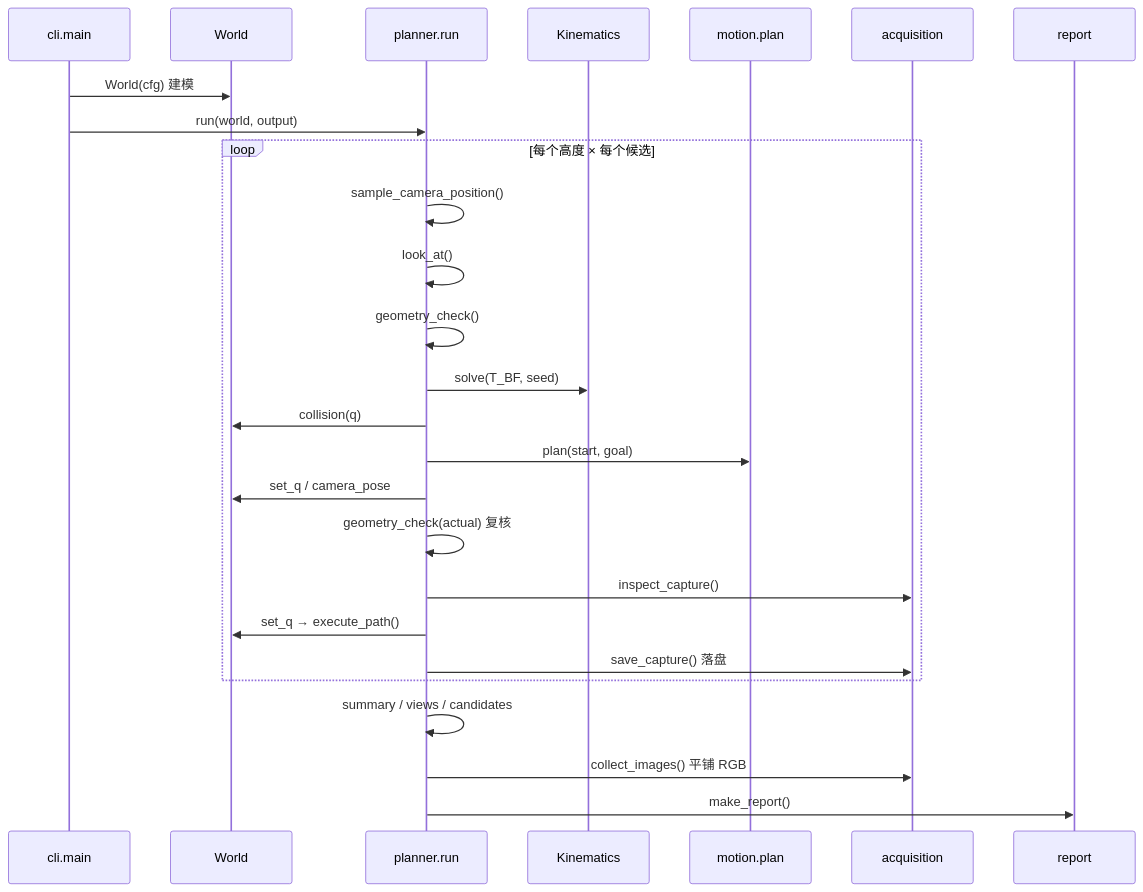
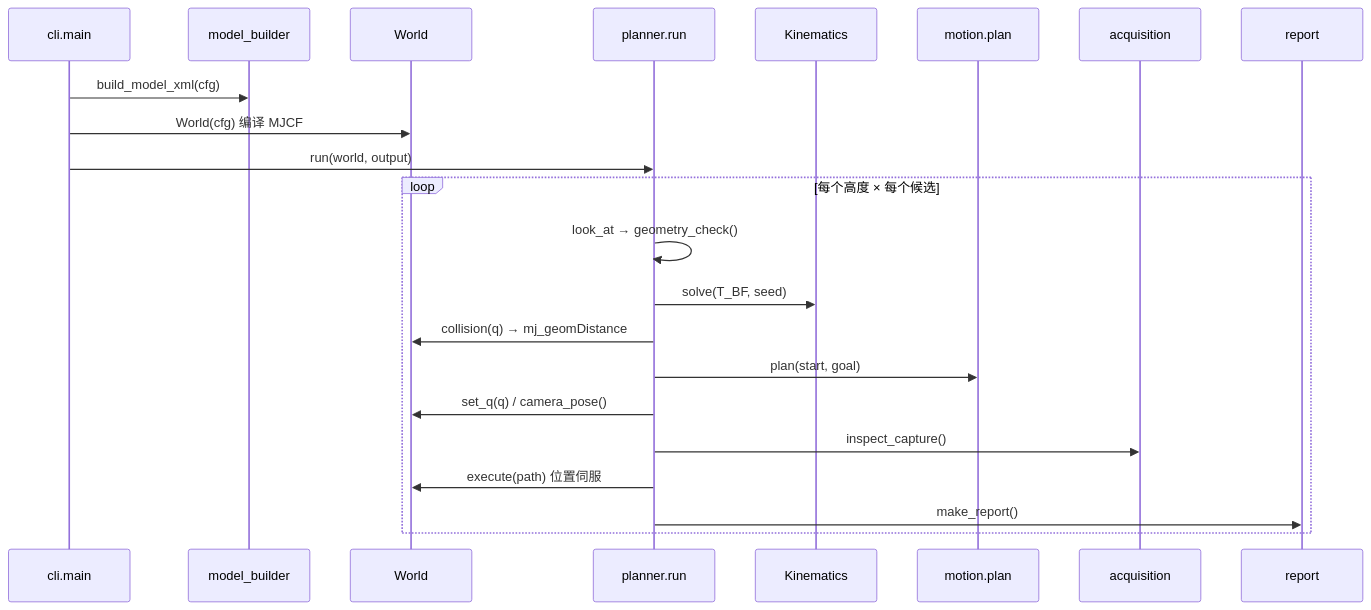
The second of 2 diagrams in docs/simulation_architecture.md (weimin77/viewpoint_sim), drawn with Mermaid before and after one commit. The commit also changed other lines of this file and 278 other files, not shown here.

````diff
--- a/docs/simulation_architecture.md
+++ b/docs/simulation_architecture.md
@@ -86,29 +83,25 @@
 ```mermaid
 sequenceDiagram
     participant CLI as cli.main
+    participant MB as model_builder
     participant W as World
     participant P as planner.run
     participant K as Kinematics
     participant M as motion.plan
     participant A as acquisition
     participant R as report
 
-    CLI->>W: World(cfg) 建模
+    CLI->>MB: build_model_xml(cfg)
+    CLI->>W: World(cfg) 编译 MJCF
     CLI->>P: run(world, output)
     loop 每个高度 × 每个候选
-        P->>P: sample_camera_position()
-        P->>P: look_at()
-        P->>P: geometry_check()
+        P->>P: look_at → geometry_check()
         P->>K: solve(T_BF, seed)
-        P->>W: collision(q)
+        P->>W: collision(q) → mj_geomDistance
         P->>M: plan(start, goal)
-        P->>W: set_q / camera_pose
-        P->>P: geometry_check(actual) 复核
+        P->>W: set_q(q) / camera_pose()
         P->>A: inspect_capture()
-        P->>W: set_q → execute_path()
-        P->>A: save_capture() 落盘
+        P->>W: execute(path) 位置伺服
+        P->>R: make_report()
     end
-    P->>P: summary / views / candidates
-    P->>A: collect_images() 平铺 RGB
-    P->>R: make_report()
 ```
````
